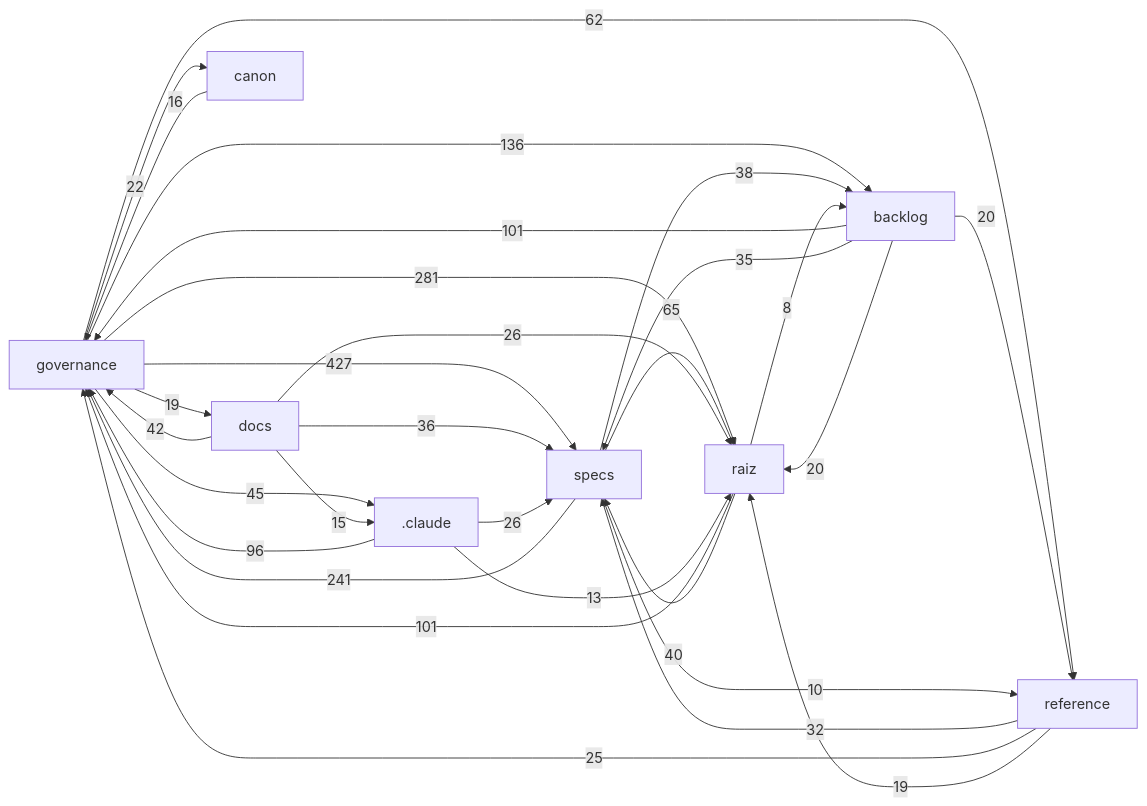
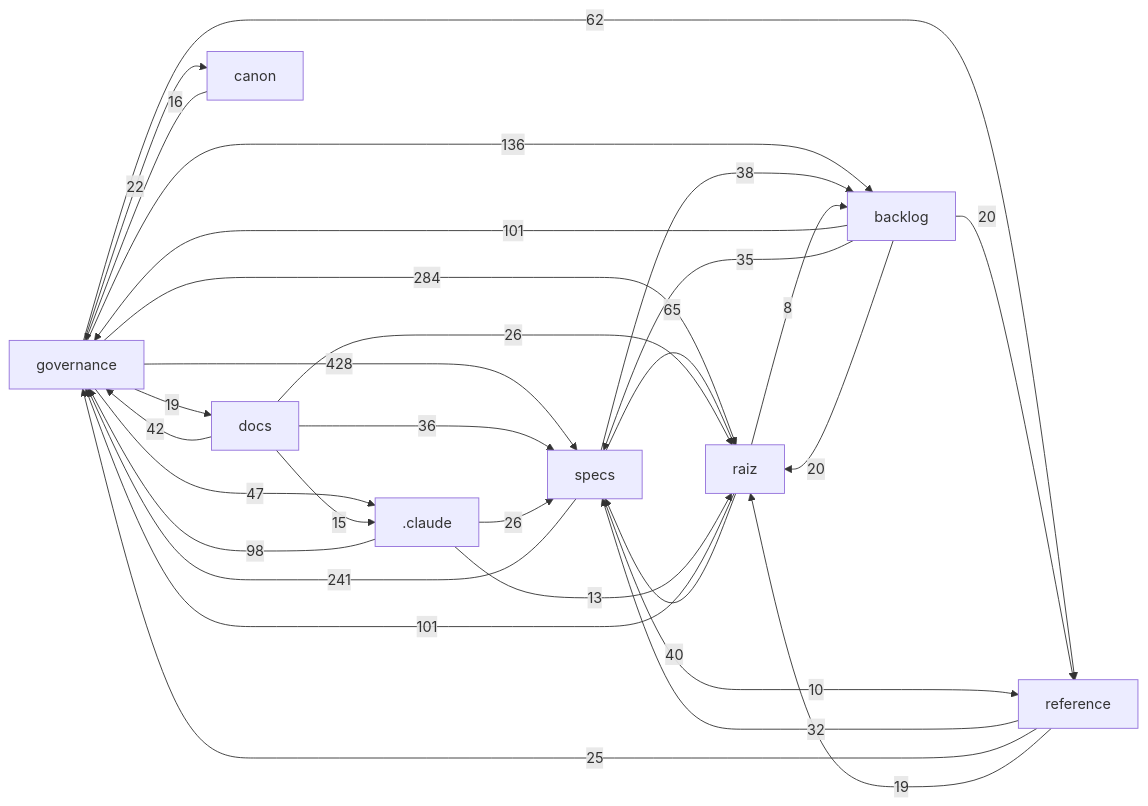
One commit to Andraus35/Sistema-Operacional-de-Trading--SOT changed the diagram in docs/mapa/MAPA-PROJETO.md. Above: the diagram before and after it, drawn with Mermaid. The commit also changed other lines of this file and 4 other files, not shown here.

````diff
--- a/docs/mapa/MAPA-PROJETO.md
+++ b/docs/mapa/MAPA-PROJETO.md
@@ -29,32 +29,32 @@
 ```mermaid
 flowchart LR
-  governance["governance"] -->|427| specs["specs"]
-  governance["governance"] -->|281| raiz["raiz"]
+  governance["governance"] -->|428| specs["specs"]
+  governance["governance"] -->|284| raiz["raiz"]
   specs["specs"] -->|241| governance["governance"]
   governance["governance"] -->|136| backlog["backlog"]
   raiz["raiz"] -->|101| governance["governance"]
   backlog["backlog"] -->|101| governance["governance"]
-  _claude[".claude"] -->|96| governance["governance"]
+  _claude[".claude"] -->|98| governance["governance"]
   specs["specs"] -->|65| raiz["raiz"]
   governance["governance"] -->|62| reference["reference"]
-  governance["governance"] -->|45| _claude[".claude"]
+  governance["governance"] -->|47| _claude[".claude"]
   docs["docs"] -->|42| governance["governance"]
   raiz["raiz"] -->|40| specs["specs"]
   specs["specs"] -->|38| backlog["backlog"]
   docs["docs"] -->|36| specs["specs"]
   backlog["backlog"] -->|35| specs["specs"]
   reference["reference"] -->|32| specs["specs"]
   _claude[".claude"] -->|26| specs["specs"]
   docs["docs"] -->|26| raiz["raiz"]
   reference["reference"] -->|25| governance["governance"]
   governance["governance"] -->|22| canon["canon"]
   backlog["backlog"] -->|20| raiz["raiz"]
   backlog["backlog"] -->|20| reference["reference"]
   governance["governance"] -->|19| docs["docs"]
   reference["reference"] -->|19| raiz["raiz"]
   canon["canon"] -->|16| governance["governance"]
   docs["docs"] -->|15| _claude[".claude"]
   _claude[".claude"] -->|13| raiz["raiz"]
   specs["specs"] -->|10| reference["reference"]
   raiz["raiz"] -->|8| backlog["backlog"]
 ```
````
